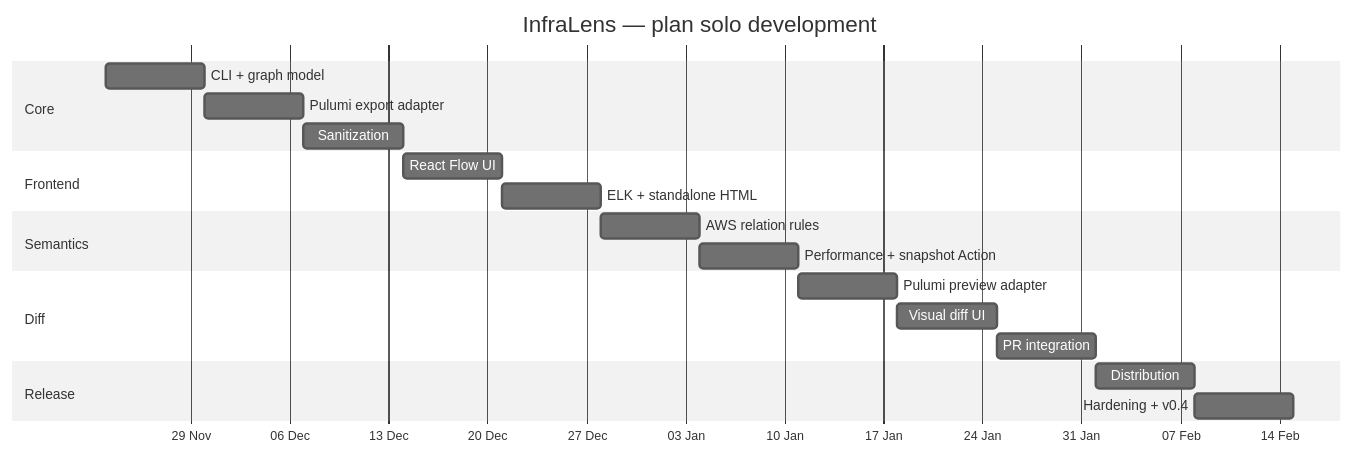
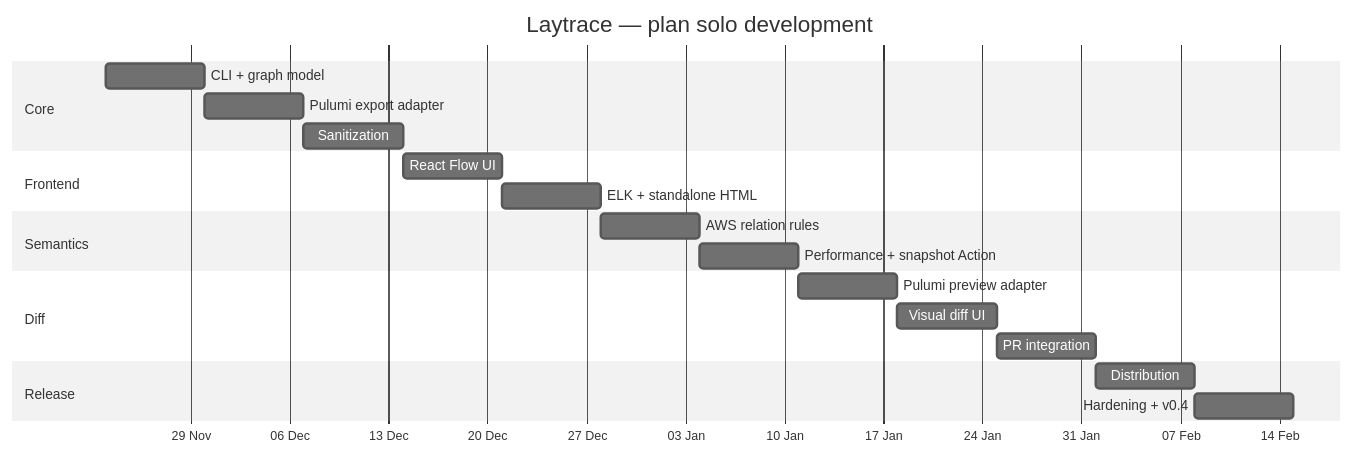
Before and after one commit to maciejpvp/InfraLens: the second of 2 diagrams in deep-research-report.md, drawn with Mermaid (neutral theme). The commit also changed other lines of this file and 81 other files, not shown here.

Commit message:
Rename InfraLens to Laytrace

````diff
--- a/deep-research-report.md
+++ b/deep-research-report.md
@@ -430,28 +430,28 @@
 ```mermaid
 gantt
-    title InfraLens — plan solo development
+    title Laytrace — plan solo development
     dateFormat  YYYY-MM-DD
     axisFormat  %d %b
 
     section Core
     CLI + graph model             :a1, 2026-11-23, 7d
     Pulumi export adapter         :a2, after a1, 7d
     Sanitization                  :a3, after a2, 7d
 
     section Frontend
     React Flow UI                 :b1, after a3, 7d
     ELK + standalone HTML         :b2, after b1, 7d
 
     section Semantics
     AWS relation rules            :c1, after b2, 7d
     Performance + snapshot Action :c2, after c1, 7d
 
     section Diff
     Pulumi preview adapter        :d1, after c2, 7d
     Visual diff UI                :d2, after d1, 7d
     PR integration                :d3, after d2, 7d
 
     section Release
     Distribution                 :e1, after d3, 7d
     Hardening + v0.4              :e2, after e1, 7d
 ```
````
